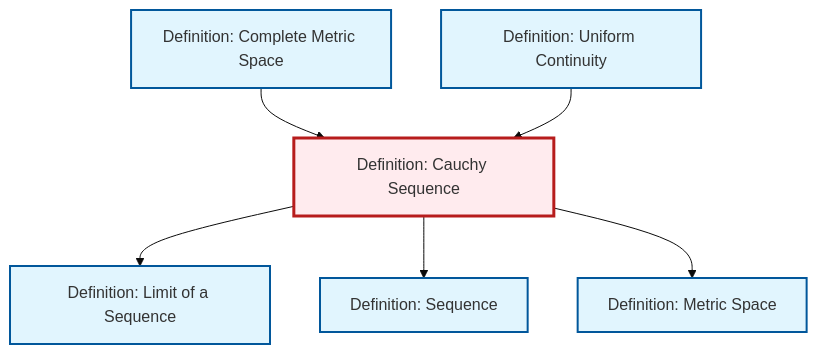
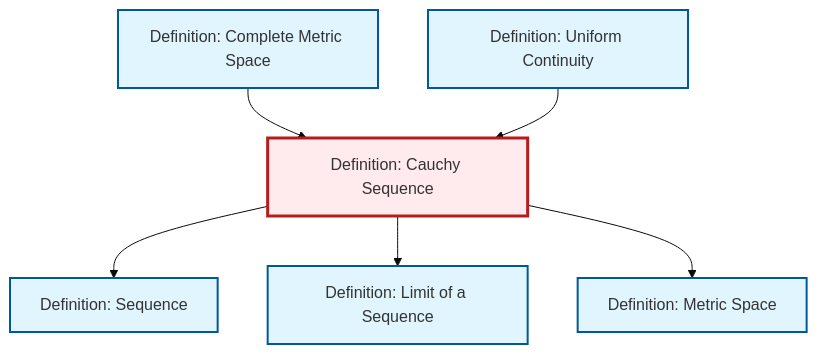
The diagram in content/ja/analysis/def-cauchy-sequence.qmd (RK0429/ModernMath), drawn with Mermaid (base theme) before and after one commit. The commit also changed other lines of this file and 554 other files, not shown here.

````diff
--- a/content/ja/analysis/def-cauchy-sequence.qmd
+++ b/content/ja/analysis/def-cauchy-sequence.qmd
@@ -89,26 +89,26 @@
 ```{mermaid}
 %%| fig-cap: "Local dependency graph"
 graph TD
     classDef definition fill:#e1f5fe,stroke:#01579b,stroke-width:2px
     classDef theorem fill:#f3e5f5,stroke:#4a148c,stroke-width:2px
     classDef axiom fill:#fff3e0,stroke:#e65100,stroke-width:2px
     classDef example fill:#e8f5e9,stroke:#1b5e20,stroke-width:2px
     classDef current fill:#ffebee,stroke:#b71c1c,stroke-width:3px
+    def-cauchy-sequence["Definition: Cauchy Sequence"]:::definition
+    def-sequence["Definition: Sequence"]:::definition
+    def-complete-metric-space["Definition: Complete Metric Space"]:::definition
     def-metric-space["Definition: Metric Space"]:::definition
-    def-sequence["Definition: Sequence"]:::definition
     def-limit["Definition: Limit of a Sequence"]:::definition
     def-uniform-continuity["Definition: Uniform Continuity"]:::definition
-    def-cauchy-sequence["Definition: Cauchy Sequence"]:::definition
-    def-complete-metric-space["Definition: Complete Metric Space"]:::definition
+    def-complete-metric-space --> def-cauchy-sequence
+    def-cauchy-sequence --> def-sequence
     def-cauchy-sequence --> def-limit
-    def-cauchy-sequence --> def-sequence
-    def-complete-metric-space --> def-cauchy-sequence
+    def-uniform-continuity --> def-cauchy-sequence
     def-cauchy-sequence --> def-metric-space
-    def-uniform-continuity --> def-cauchy-sequence
     class def-cauchy-sequence current
+    click def-sequence "def-sequence.html" "Definition: Sequenceへ"
+    click def-complete-metric-space "def-complete-metric-space.html" "Definition: Complete Metric Spaceへ"
     click def-metric-space "def-metric-space.html" "Definition: Metric Spaceへ"
-    click def-sequence "def-sequence.html" "Definition: Sequenceへ"
     click def-limit "def-limit.html" "Definition: Limit of a Sequenceへ"
     click def-uniform-continuity "def-uniform-continuity.html" "Definition: Uniform Continuityへ"
-    click def-complete-metric-space "def-complete-metric-space.html" "Definition: Complete Metric Spaceへ"
 ```
````
